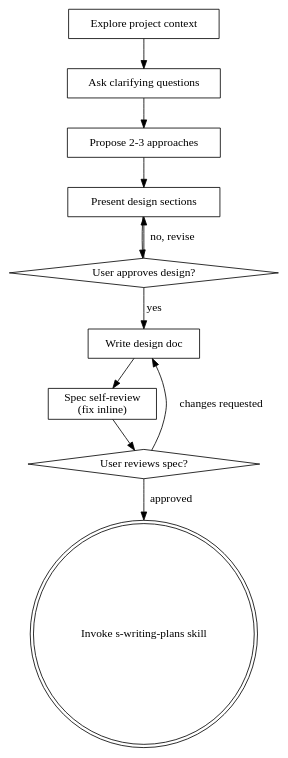
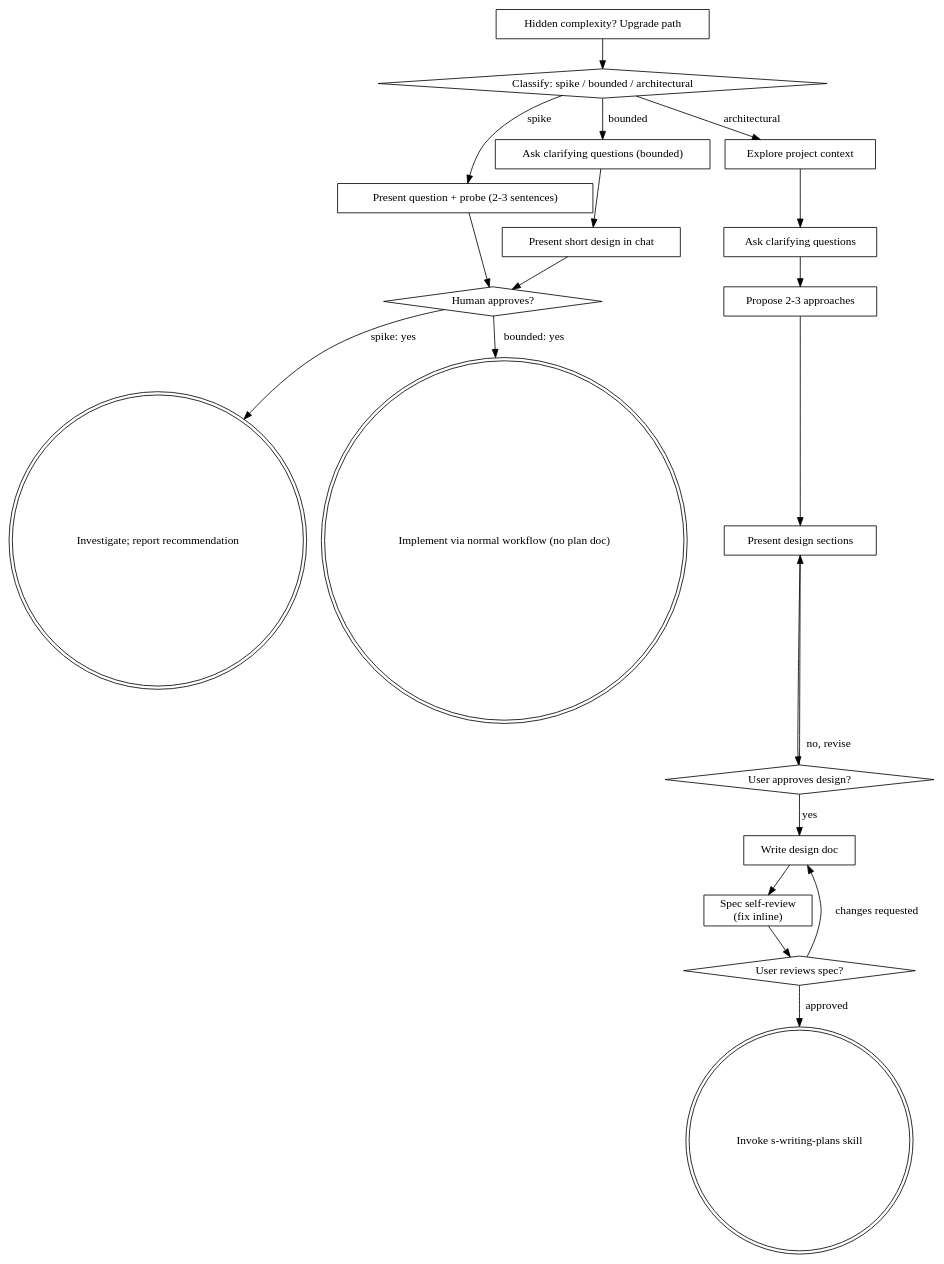
Before and after one commit to lsimons/lsimons-skills: the diagram in disabled/s-brainstorming/SKILL.md, drawn with Graphviz. The commit also changed other lines of this file and 85 other files, not shown here.

````diff
--- a/disabled/s-brainstorming/SKILL.md
+++ b/disabled/s-brainstorming/SKILL.md
@@ -36,24 +107,41 @@
 ```dot
 digraph brainstorming {
+    "Classify: spike / bounded / architectural" [shape=diamond];
+    "Present question + probe (2-3 sentences)" [shape=box];
+    "Ask clarifying questions (bounded)" [shape=box];
+    "Present short design in chat" [shape=box];
+    "Human approves?" [shape=diamond];
+    "Investigate; report recommendation" [shape=doublecircle];
+    "Implement via normal workflow (no plan doc)" [shape=doublecircle];
     "Explore project context" [shape=box];
     "Ask clarifying questions" [shape=box];
     "Propose 2-3 approaches" [shape=box];
     "Present design sections" [shape=box];
     "User approves design?" [shape=diamond];
     "Write design doc" [shape=box];
     "Spec self-review\n(fix inline)" [shape=box];
     "User reviews spec?" [shape=diamond];
     "Invoke s-writing-plans skill" [shape=doublecircle];
+    "Hidden complexity? Upgrade path" [shape=box];
 
+    "Classify: spike / bounded / architectural" -> "Present question + probe (2-3 sentences)" [label="spike"];
+    "Classify: spike / bounded / architectural" -> "Ask clarifying questions (bounded)" [label="bounded"];
+    "Classify: spike / bounded / architectural" -> "Explore project context" [label="architectural"];
+    "Present question + probe (2-3 sentences)" -> "Human approves?";
+    "Ask clarifying questions (bounded)" -> "Present short design in chat";
+    "Present short design in chat" -> "Human approves?";
+    "Human approves?" -> "Investigate; report recommendation" [label="spike: yes"];
+    "Human approves?" -> "Implement via normal workflow (no plan doc)" [label="bounded: yes"];
+    "Hidden complexity? Upgrade path" -> "Classify: spike / bounded / architectural";
     "Explore project context" -> "Ask clarifying questions";
     "Ask clarifying questions" -> "Propose 2-3 approaches";
     "Propose 2-3 approaches" -> "Present design sections";
     "Present design sections" -> "User approves design?";
     "User approves design?" -> "Present design sections" [label="no, revise"];
     "User approves design?" -> "Write design doc" [label="yes"];
     "Write design doc" -> "Spec self-review\n(fix inline)";
     "Spec self-review\n(fix inline)" -> "User reviews spec?";
     "User reviews spec?" -> "Write design doc" [label="changes requested"];
     "User reviews spec?" -> "Invoke s-writing-plans skill" [label="approved"];
 }
 ```
````
